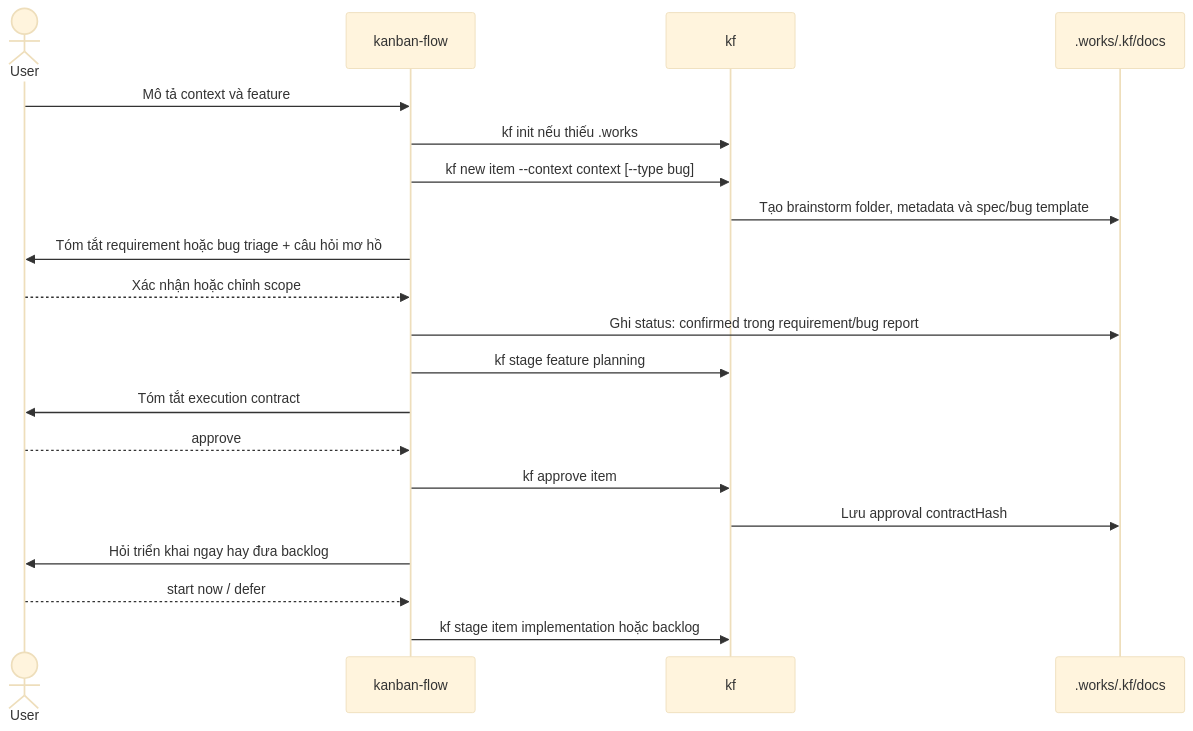
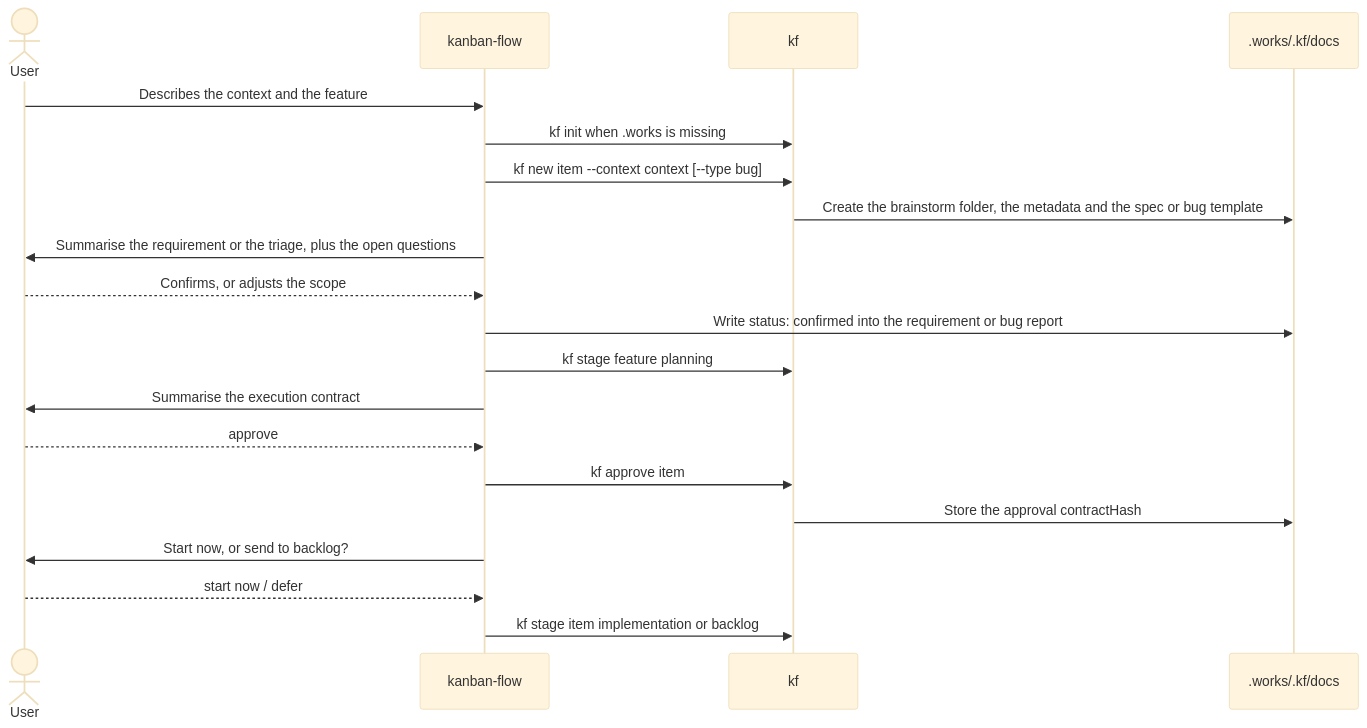
Before and after one commit to phuthuycoding/kanban-flow: the second of 3 diagrams in docs/workflow/lifecycle.md, drawn with Mermaid (base theme). The commit also changed other lines of this file and 38 other files, not shown here.

First line of the commit message:
feat(cli): rename to kanban-flow 0.3.0 and put the English surface out front

````diff
--- a/docs/workflow/lifecycle.md
+++ b/docs/workflow/lifecycle.md
@@ -62,23 +62,23 @@
 ```mermaid
 sequenceDiagram
     actor User
     participant Orchestrator as kanban-flow
     participant CLI as kf
     participant FS as .works/.kf/docs
 
-    User->>Orchestrator: Mô tả context và feature
-    Orchestrator->>CLI: kf init nếu thiếu .works
+    User->>Orchestrator: Describes the context and the feature
+    Orchestrator->>CLI: kf init when .works is missing
     Orchestrator->>CLI: kf new item --context context [--type bug]
-    CLI->>FS: Tạo brainstorm folder, metadata và spec/bug template
-    Orchestrator->>User: Tóm tắt requirement hoặc bug triage + câu hỏi mơ hồ
-    User-->>Orchestrator: Xác nhận hoặc chỉnh scope
-    Orchestrator->>FS: Ghi status: confirmed trong requirement/bug report
+    CLI->>FS: Create the brainstorm folder, the metadata and the spec or bug template
+    Orchestrator->>User: Summarise the requirement or the triage, plus the open questions
+    User-->>Orchestrator: Confirms, or adjusts the scope
+    Orchestrator->>FS: Write status: confirmed into the requirement or bug report
     Orchestrator->>CLI: kf stage feature planning
-    Orchestrator->>User: Tóm tắt execution contract
+    Orchestrator->>User: Summarise the execution contract
     User-->>Orchestrator: approve
     Orchestrator->>CLI: kf approve item
-    CLI->>FS: Lưu approval contractHash
-    Orchestrator->>User: Hỏi triển khai ngay hay đưa backlog
+    CLI->>FS: Store the approval contractHash
+    Orchestrator->>User: Start now, or send to backlog?
     User-->>Orchestrator: start now / defer
-    Orchestrator->>CLI: kf stage item implementation hoặc backlog
+    Orchestrator->>CLI: kf stage item implementation or backlog
 ```
````
